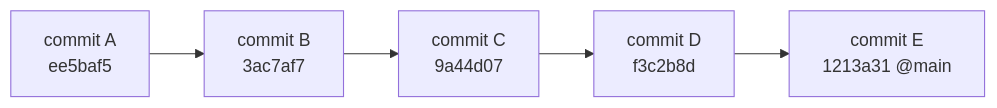
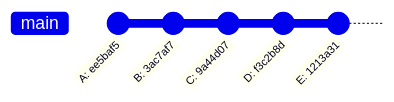
One commit to Aaron-212/portfolio changed the first of 6 diagrams in src/content/blog/源代码管理.md. Above: the diagram before and after it, drawn with Mermaid. The commit also changed other lines of this file and 1 other file, not shown here.

Commit message:
Update graph and relock

````diff
--- a/src/content/blog/源代码管理.md
+++ b/src/content/blog/源代码管理.md
@@ -44,13 +44,8 @@
 ```mermaid
-graph LR
-    A[commit A<br/>ee5baf5]
-    B[commit B<br/>3ac7af7]
-    C[commit C<br/>9a44d07]
-    D[commit D<br/>f3c2b8d]
-    E[commit E<br/>1213a31 @main]
-
-    A --> B
-    B --> C
-    C --> D
-    D --> E
+gitGraph LR:
+    commit id: "A: ee5baf5"
+    commit id: "B: 3ac7af7"
+    commit id: "C: 9a44d07"
+    commit id: "D: f3c2b8d"
+    commit id: "E: 1213a31"
 ```
````
